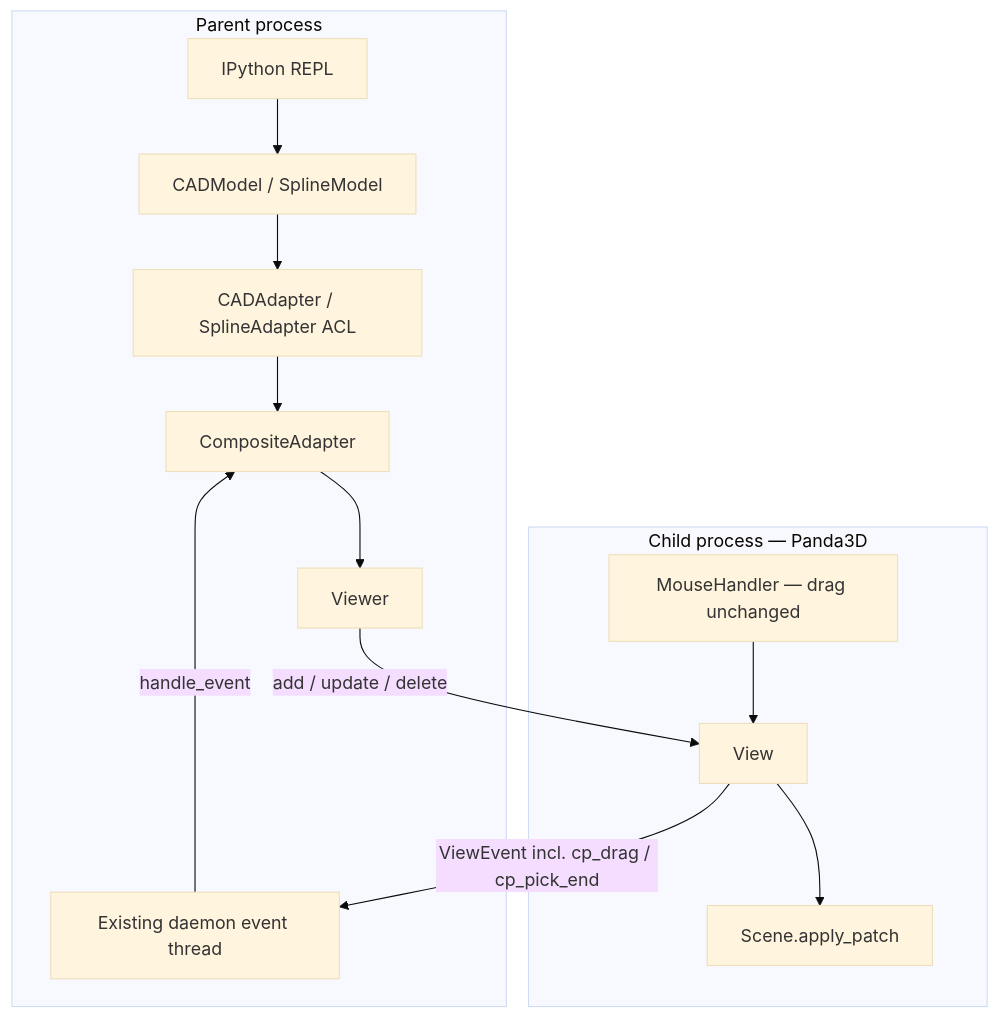
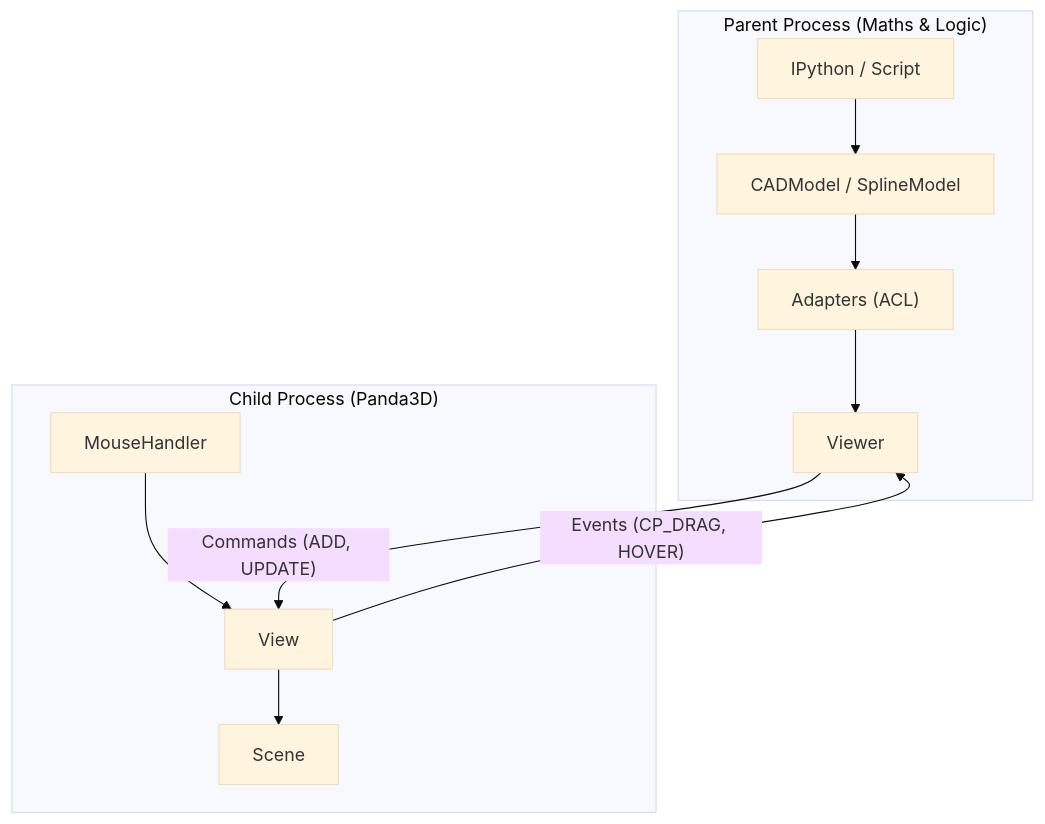
The first of 4 diagrams in docs/architecture.md (LIHPC-Computational-Geometry/bot), drawn with Mermaid (base theme) before and after one commit. The commit also changed other lines of this file and 4 other files, not shown here.

````diff
--- a/docs/architecture.md
+++ b/docs/architecture.md
@@ -15,25 +13,20 @@
 ```mermaid
 flowchart TB
-    subgraph Parent["Parent process"]
-        REPL["IPython REPL"]
-        EventThread["Existing daemon event thread"]
+    subgraph Parent["Parent Process (Maths & Logic)"]
+        REPL["IPython / Script"]
         Models["CADModel / SplineModel"]
-        Adapters["CADAdapter / SplineAdapter ACL"]
-        Composite["CompositeAdapter"]
+        Adapters["Adapters (ACL)"]
         Viewer["Viewer"]
         REPL --> Models
-        Models --> Adapters --> Composite --> Viewer
-        EventThread -->|"handle_event"| Composite
+        Models --> Adapters --> Viewer
     end
-
-    subgraph Child["Child process — Panda3D"]
+    subgraph Child["Child Process (Panda3D)"]
         App["View"]
-        Scene["Scene.apply_patch"]
-        Mouse["MouseHandler — drag unchanged"]
+        Scene["Scene"]
+        Mouse["MouseHandler"]
         Mouse --> App
         App --> Scene
     end
-
-    Viewer -->|"add / update / delete"| App
-    App -->|"ViewEvent incl. cp_drag / cp_pick_end"| EventThread
+    Viewer -->|"Commands (ADD, UPDATE)"| App
+    App -->|"Events (CP_DRAG, HOVER)"| Viewer
 ```
````
